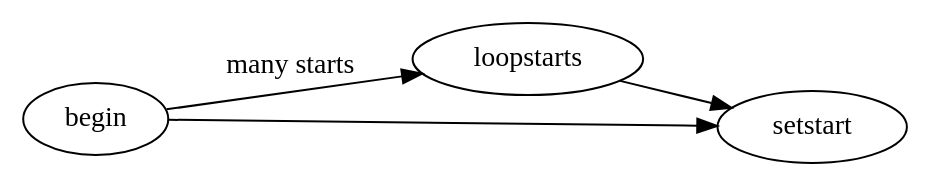
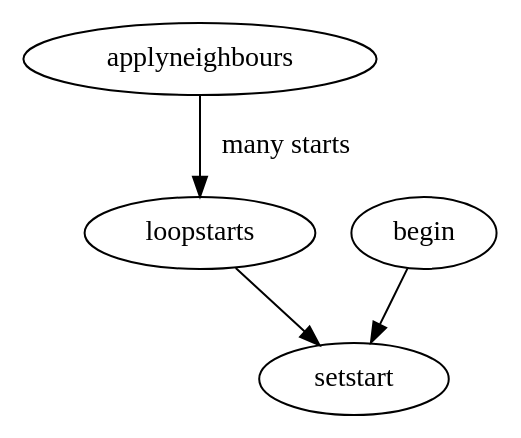
Before and after one commit to krawaller/algol5: the diagram in dev/neighbourchart.dot, drawn with Graphviz. The commit also changed 6 other files, not shown here.

```diff
--- a/dev/neighbourchart.dot
+++ b/dev/neighbourchart.dot
@@ -1,7 +1,7 @@
 digraph {
-	rankdir = LR
-	begin
-	begin -> loopstarts [label="many starts"]
+	rankdir = TD
+	applyneighbours
+	applyneighbours -> loopstarts [label="many starts"]
 	loopstarts -> setstart
 	begin -> setstart
 }
```
